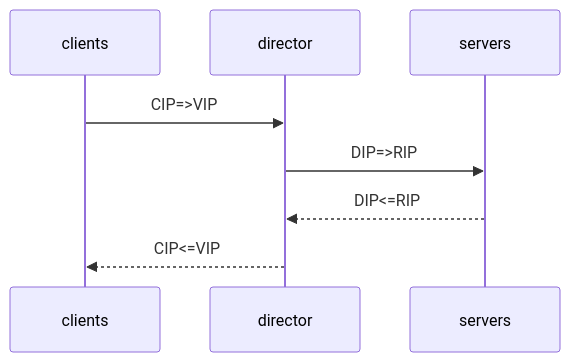
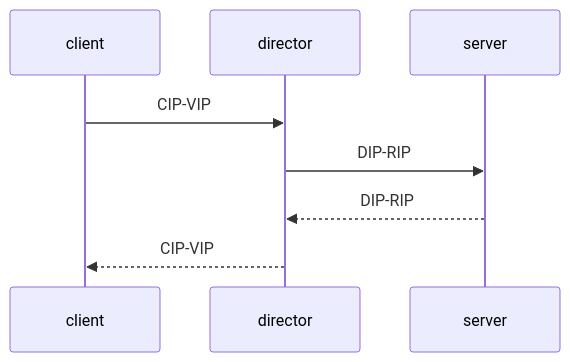
One commit to fclehly/fclehly.github.io changed the first of 3 diagrams in source/_posts/LVS.md. Above: the diagram before and after it, drawn with Mermaid. The commit also changed other lines of this file, not shown here.

````diff
--- a/source/_posts/LVS.md
+++ b/source/_posts/LVS.md
@@ -31,12 +32,12 @@
 ```mermaid
 sequenceDiagram
 
-participant clients
+participant client
 participant director
-participant servers
+participant server
 
-clients ->> director: CIP=>VIP
-director ->> servers: DIP=>RIP
-servers -->> director: DIP<=RIP
-director -->> clients: CIP<=VIP
+client ->> director: CIP-VIP
+director ->> server: DIP-RIP
+server -->> director: DIP-RIP
+director -->> client: CIP-VIP
 ```
````
